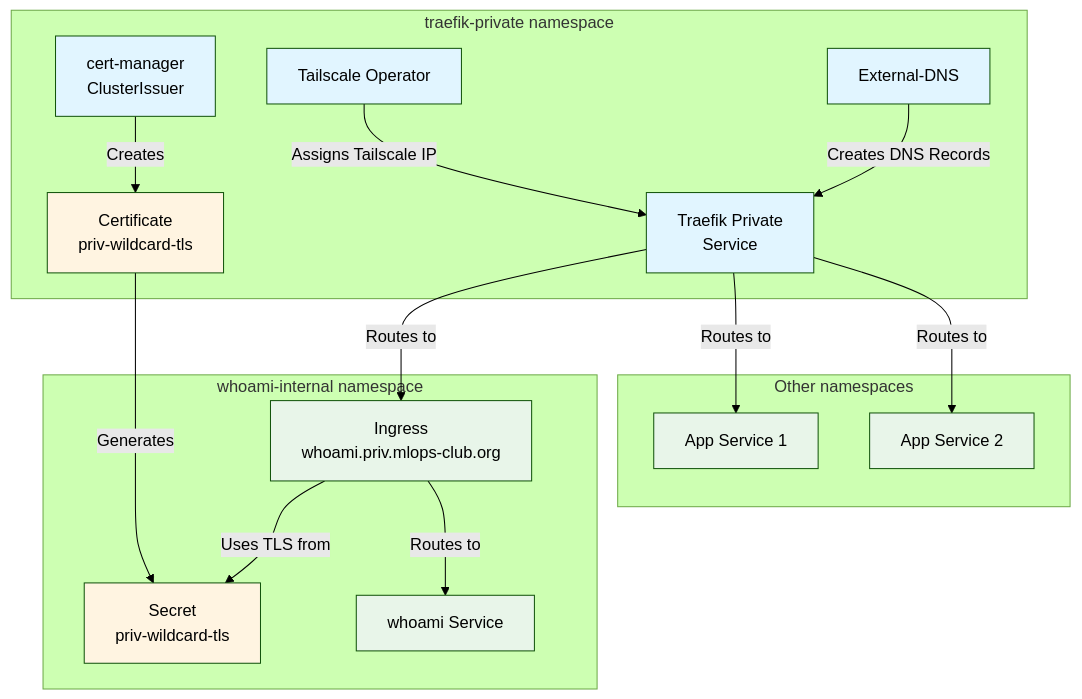
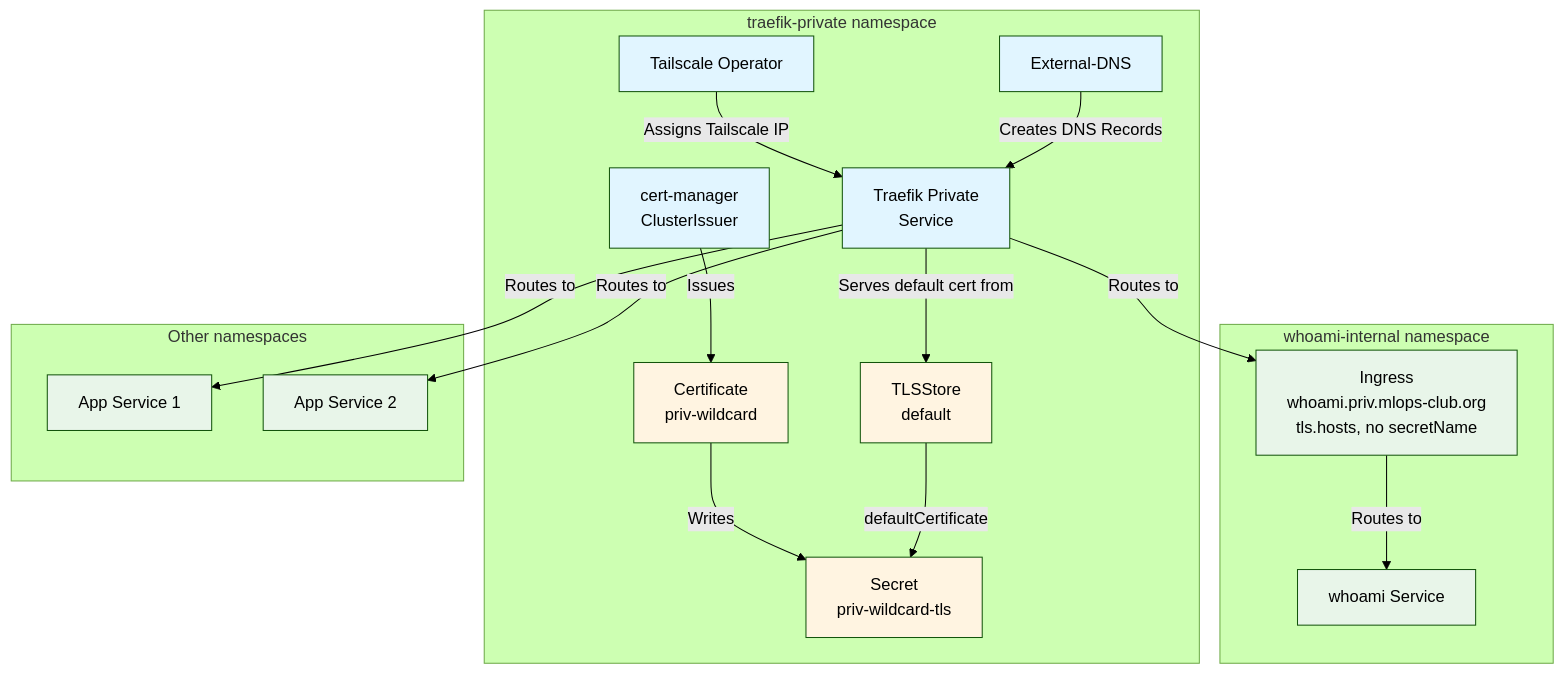
One commit to mlops-club/homelab-cluster changed the first of 4 diagrams in network/private/README.md. Above: the diagram before and after it, drawn with Mermaid (forest theme). The commit also changed other lines of this file and 40 other files, not shown here.

First line of the commit message:
refactor(network): default TLSStore per Traefik, remove Reflector (#48)

````diff
--- a/network/private/README.md
+++ b/network/private/README.md
@@ -17,42 +17,45 @@
 ```mermaid
 graph TB
     subgraph "traefik-private namespace"
         CM[cert-manager<br/>ClusterIssuer]
         TS[Tailscale Operator]
         EDNS[External-DNS]
         TP[Traefik Private<br/>Service]
-        CERT[Certificate<br/>priv-wildcard-tls]
+        CERT[Certificate<br/>priv-wildcard]
+        SEC[Secret<br/>priv-wildcard-tls]
+        STORE[TLSStore<br/>default]
     end
-    
+
     subgraph "whoami-internal namespace"
         APP1[whoami Service]
-        ING1[Ingress<br/>whoami.priv.mlops-club.org]
-        SEC1[Secret<br/>priv-wildcard-tls]
+        ING1[Ingress<br/>whoami.priv.mlops-club.org<br/>tls.hosts, no secretName]
     end
-    
+
     subgraph "Other namespaces"
         APP2[App Service 1]
         APP3[App Service 2]
     end
-    
-    CM -->|Creates| CERT
-    CERT -->|Generates| SEC1
+
+    CM -->|Issues| CERT
+    CERT -->|Writes| SEC
+    STORE -->|defaultCertificate| SEC
+    TP -->|Serves default cert from| STORE
     TS -->|Assigns Tailscale IP| TP
     EDNS -->|Creates DNS Records| TP
     TP -->|Routes to| ING1
     TP -->|Routes to| APP2
     TP -->|Routes to| APP3
-    ING1 -->|Uses TLS from| SEC1
     ING1 -->|Routes to| APP1
-    
+
     style CM fill:#e1f5ff
     style TS fill:#e1f5ff
     style EDNS fill:#e1f5ff
     style TP fill:#e1f5ff
     style CERT fill:#fff4e1
-    style SEC1 fill:#fff4e1
+    style SEC fill:#fff4e1
+    style STORE fill:#fff4e1
     style APP1 fill:#e8f5e9
     style APP2 fill:#e8f5e9
     style APP3 fill:#e8f5e9
     style ING1 fill:#e8f5e9
 ```
````
